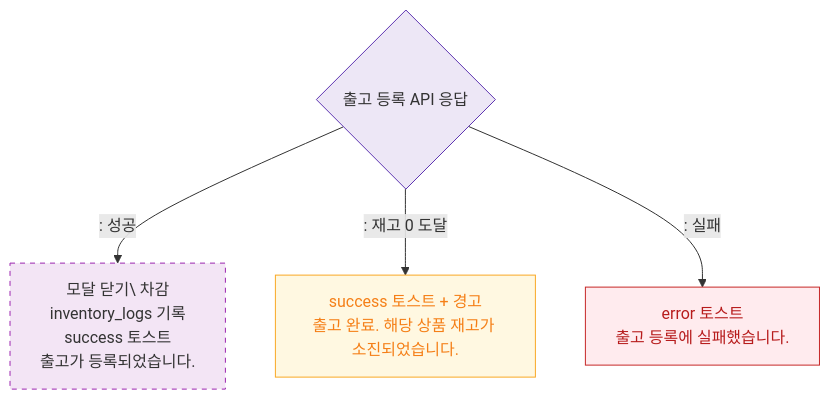
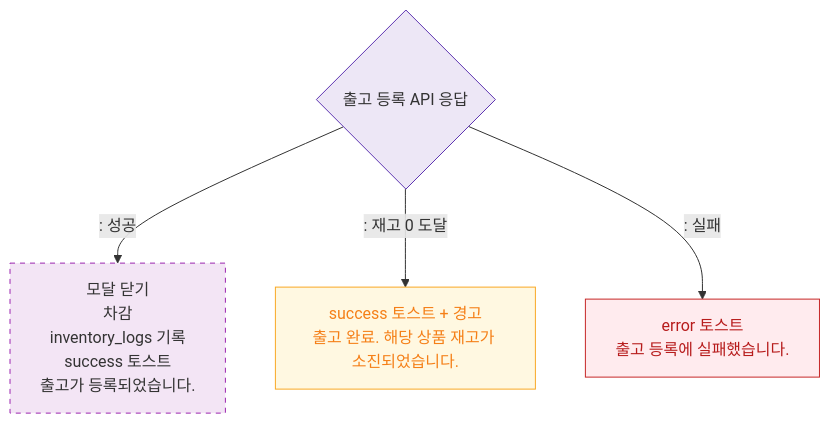
Before and after one commit to dev-spogym/admin-pando: the diagram in docs/admin/다이어그램/D05_상품관리/DLG/DLG-P013_출고등록/M3_결과분기.md, drawn with Mermaid. The commit also changed 369 other files, not shown here.

````diff
--- a/docs/admin/다이어그램/D05_상품관리/DLG/DLG-P013_출고등록/M3_결과분기.md
+++ b/docs/admin/다이어그램/D05_상품관리/DLG/DLG-P013_출고등록/M3_결과분기.md
@@ -14,15 +14,15 @@
 ```mermaid
 flowchart TD
-    OutboundAPI{출고 등록 API 응답} -->|": 성공"|SuccessResult[모달 닫기\ 차감\ninventory_logs 기록\nsuccess 토스트\n출고가 등록되었습니다.]
+    OutboundAPI{출고 등록 API 응답} -->|": 성공"|SuccessResult[모달 닫기<br/> 차감\ninventory_logs 기록\nsuccess 토스트\n출고가 등록되었습니다.]
     OutboundAPI -->|": 재고 0 도달"|ZeroWarn[success 토스트 + 경고\n출고 완료. 해당 상품 재고가 소진되었습니다.]
     OutboundAPI -->|": 실패"|ErrResult[error 토스트\n출고 등록에 실패했습니다.]
 
     classDef newFeature fill:#F3E5F5,stroke:#9C27B0,stroke-dasharray:5 5
     classDef warning fill:#FFF8E1,stroke:#F9A825,color:#F57F17
     classDef error fill:#FFEBEE,stroke:#C62828,color:#B71C1C
     classDef system fill:#EDE7F6,stroke:#5E35B2
     class SuccessResult newFeature
     class ZeroWarn warning
     class ErrResult error
     class OutboundAPI system
 ```
````
